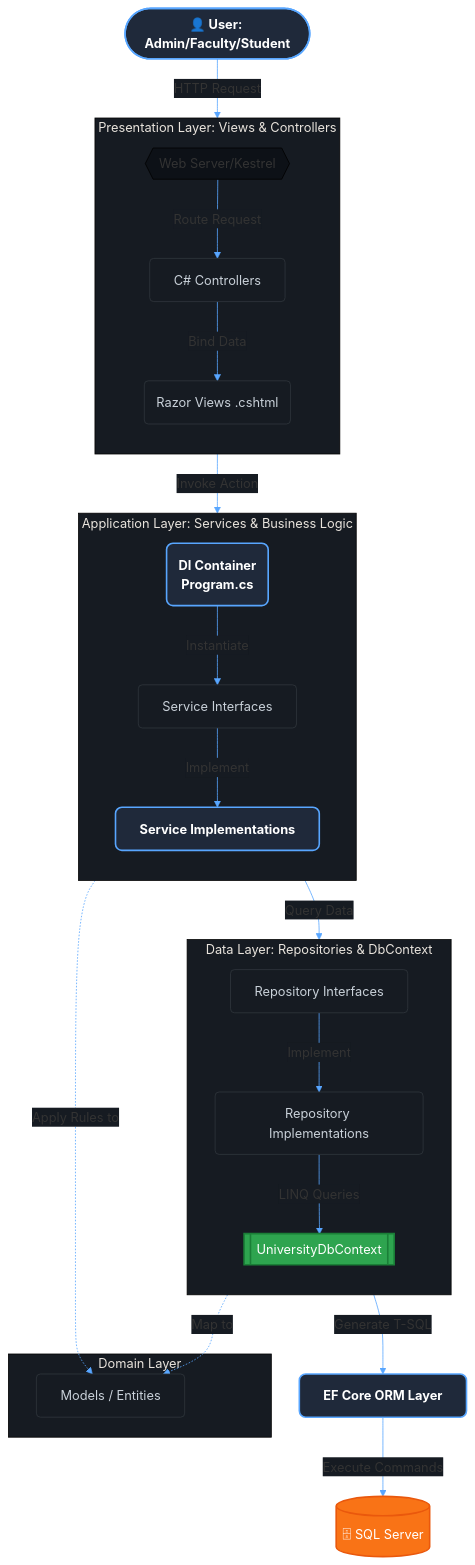
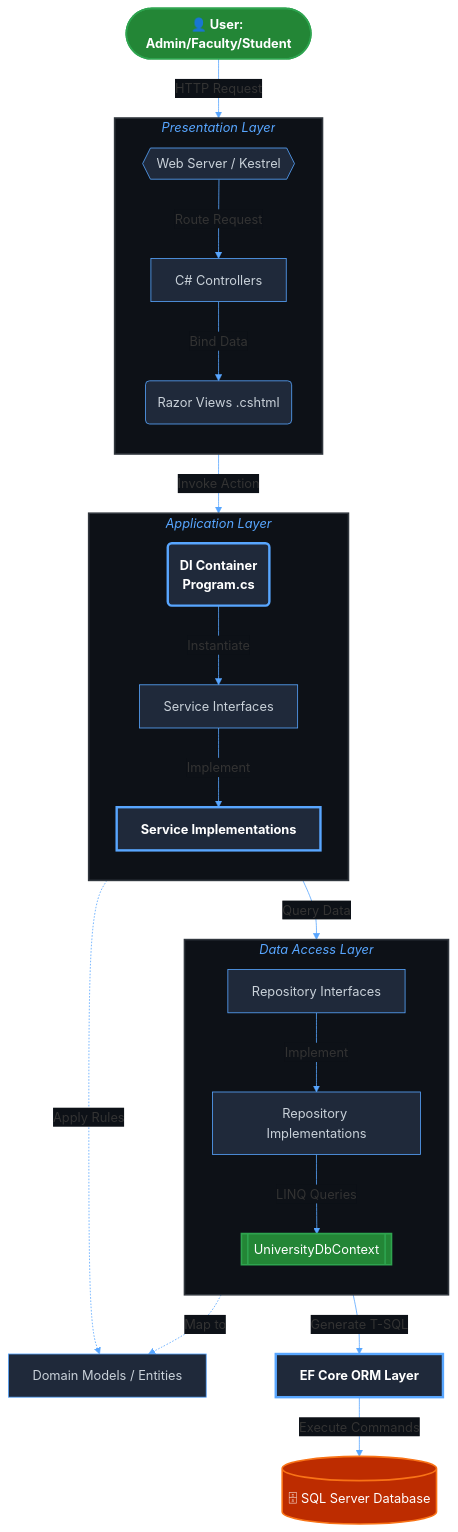
The first of 2 diagrams in README.md (Mani-741/ABC_University_Management), drawn with Mermaid before and after one commit.

````diff
--- a/README.md
+++ b/README.md
@@ -16,45 +16,48 @@
 ```mermaid
-%%{init: {'theme': 'base', 'themeVariables': { 'primaryColor': '#0d1117', 'edgeLabelBackground':'#161b22', 'tertiaryColor': '#161b22', 'lineColor': '#58a6ff'}}}%%
+%%{init: {'theme': 'base', 'themeVariables': { 'primaryColor': '#161b22', 'edgeLabelBackground':'#0d1117', 'tertiaryColor': '#0d1117', 'lineColor': '#58a6ff', 'mainBkg': '#0d1117'}}}%%
 
 flowchart TD
-    %% Motion effect class definition: Pulse (applied to SL, EF, and DI_Cont for visual impact)
-    classDef pulsing fill:#1f293a,stroke:#58a6ff,stroke-width:2px,rx:8,ry:8,color:white,font-weight:bold;
-    classDef internalNode fill:#161b22,stroke:#30363d,stroke-width:1px,rx:5,ry:5,color:#c9d1d9;
-    classDef persistence fill:#2ea44f,stroke:#1a7f37,stroke-width:2px,rx:10,ry:10,color:white;
-    classDef databaseNode fill:#f97316,stroke:#ea580c,stroke-width:2px,rx:12,ry:12,color:white;
+    %% Custom Styling for a Professional Dark Theme
+    classDef userNode fill:#238636,stroke:#2ea44f,stroke-width:2px,color:#ffffff,font-weight:bold;
+    classDef layerBox fill:#0d1117,stroke:#30363d,stroke-width:2px,color:#58a6ff,font-style:italic;
+    classDef actionNode fill:#1f293a,stroke:#58a6ff,stroke-width:1px,color:#c9d1d9;
+    classDef pulsingNode fill:#1f293a,stroke:#58a6ff,stroke-width:3px,color:#ffffff,font-weight:bold;
+    classDef dbNode fill:#bd2c00,stroke:#f97316,stroke-width:2px,color:#ffffff;
+    classDef persistenceNode fill:#238636,stroke:#2ea44f,stroke-width:2px,color:#ffffff;
 
     %% Workflow start
-    User([👤 User: Admin/Faculty/Student]):::pulsing -->|HTTP Request| Nginx{{Web Server/Kestrel}}
+    User([👤 User: Admin/Faculty/Student]):::userNode -->|HTTP Request| Nginx{{Web Server / Kestrel}}:::actionNode
     
-    subgraph Presentation_Layer [Presentation Layer: Views & Controllers]
+    subgraph Presentation_Layer [Presentation Layer]
         direction TB
-        Nginx -->|Route Request| Ctrl[C# Controllers]:::internalNode
-        Ctrl -->|Bind Data| Razor(Razor Views .cshtml):::internalNode
+        Nginx -->|Route Request| Ctrl[C# Controllers]:::actionNode
+        Ctrl -->|Bind Data| Razor(Razor Views .cshtml):::actionNode
     end
     
-    Ctrl -->|Invoke Action| DI_Cont(DI Container <br> Program.cs):::pulsing
+    Ctrl -->|Invoke Action| DI_Cont(DI Container <br> Program.cs):::pulsingNode
     
-    subgraph App_Layer [Application Layer: Services & Business Logic]
+    subgraph App_Layer [Application Layer]
         direction TB
-        DI_Cont -->|Instantiate| SI[Service Interfaces]:::internalNode
-        SI -->|Implement| SL[Service Implementations]:::pulsing
+        DI_Cont -->|Instantiate| SI[Service Interfaces]:::actionNode
+        SI -->|Implement| SL[Service Implementations]:::pulsingNode
     end
     
-    %% Models are shared across all logic layers
-    subgraph Shared_Domain [Domain Layer]
-        MD[Models / Entities]:::internalNode
-    end
+    %% Models Shared
+    MD[Domain Models / Entities]:::actionNode
     
-    SL -.->|Apply Rules to| MD
-    SL -->|Query Data| RI[Repository Interfaces]:::internalNode
+    SL -.->|Apply Rules| MD
+    SL -->|Query Data| RI[Repository Interfaces]:::actionNode
     
-    subgraph Data_Access_Layer [Data Layer: Repositories & DbContext]
+    subgraph Data_Layer [Data Access Layer]
         direction TB
-        RI -->|Implement| RL[Repository Implementations]:::internalNode
-        RL -->|LINQ Queries| DBC[[UniversityDbContext]]:::persistence
+        RI -->|Implement| RL[Repository Implementations]:::actionNode
+        RL -->|LINQ Queries| DBC[[UniversityDbContext]]:::persistenceNode
     end
     
     DBC -.->|Map to| MD
-    DBC -->|Generate T-SQL| EF[EF Core ORM Layer]:::pulsing
-    EF -->|Execute Commands| SQLServer[(🗄 SQL Server)]:::databaseNode
+    DBC -->|Generate T-SQL| EF[EF Core ORM Layer]:::pulsingNode
+    EF -->|Execute Commands| SQLServer[(🗄 SQL Server Database)]:::dbNode
+
+    %% Styling the Subgraph Headers
+    class Presentation_Layer,App_Layer,Data_Layer layerBox;
 ```
````
